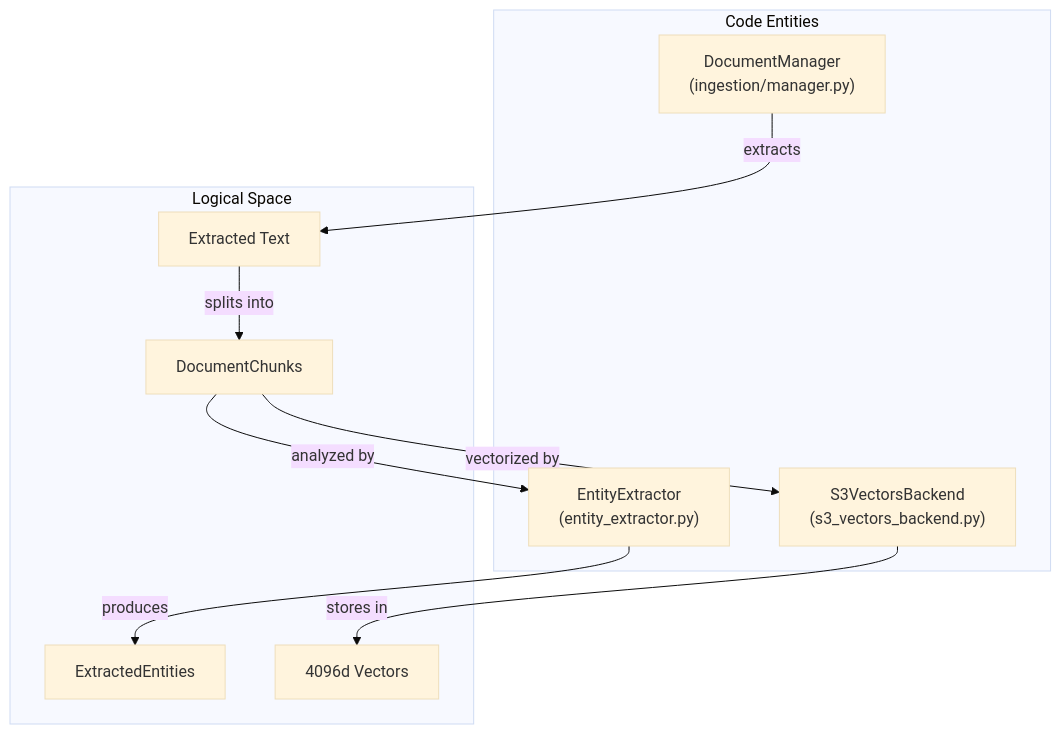
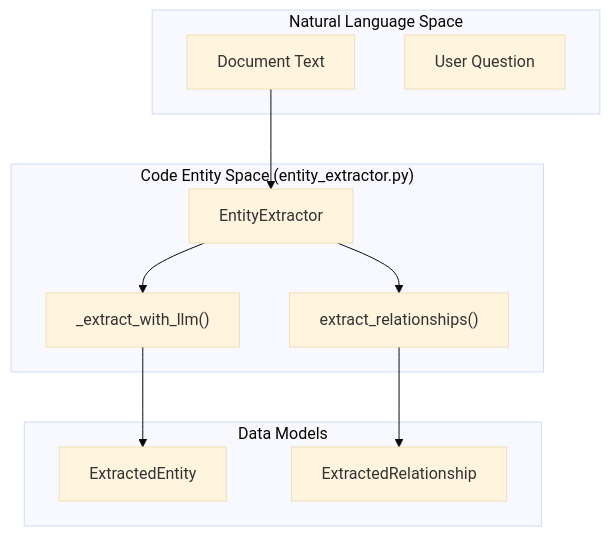
One commit to AutomatosAI/automatos-ai changed the third of 3 diagrams in docs/knowledge-base-rag/semantic-chunking-strategies.md. Above: the diagram before and after it, drawn with Mermaid (base theme). The commit also changed other lines of this file and 153 other files, not shown here.

````diff
--- a/docs/knowledge-base-rag/semantic-chunking-strategies.md
+++ b/docs/knowledge-base-rag/semantic-chunking-strategies.md
@@ -203,22 +194,24 @@
 ```mermaid
 graph TD
-    subgraph "Code Entities"
-        EE["EntityExtractor<br/>(entity_extractor.py)"]
-        DM["DocumentManager<br/>(ingestion/manager.py)"]
-        SVB["S3VectorsBackend<br/>(s3_vectors_backend.py)"]
+    subgraph "Natural Language Space"
+        Doc["Document Text"]
+        Query["User Question"]
     end
 
-    subgraph "Logical Space"
-        Text["Extracted Text"]
-        Chunks["DocumentChunks"]
-        Entities["ExtractedEntities"]
-        Vectors["4096d Vectors"]
+    subgraph "Code Entity Space (entity_extractor.py)"
+        E_Ext["EntityExtractor"]
+        LLM_Ext["_extract_with_llm()"]
+        Rel_Ext["extract_relationships()"]
     end
 
-    DM -- "extracts" --> Text
-    Text -- "splits into" --> Chunks
-    Chunks -- "analyzed by" --> EE
-    EE -- "produces" --> Entities
-    Chunks -- "vectorized by" --> SVB
-    SVB -- "stores in" --> Vectors
+    subgraph "Data Models"
+        Ent["ExtractedEntity"]
+        Rel["ExtractedRelationship"]
+    end
+
+    Doc --> E_Ext
+    E_Ext --> LLM_Ext
+    E_Ext --> Rel_Ext
+    LLM_Ext --> Ent
+    Rel_Ext --> Rel
 ```
````
